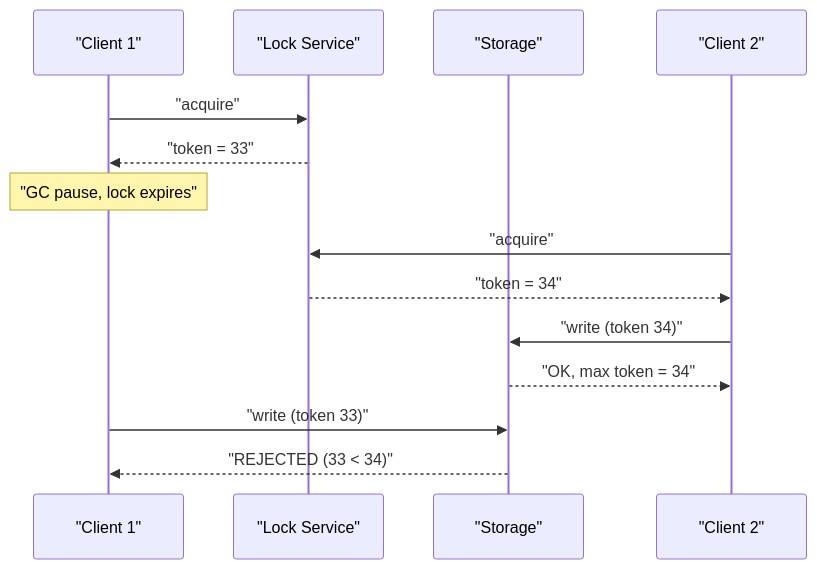
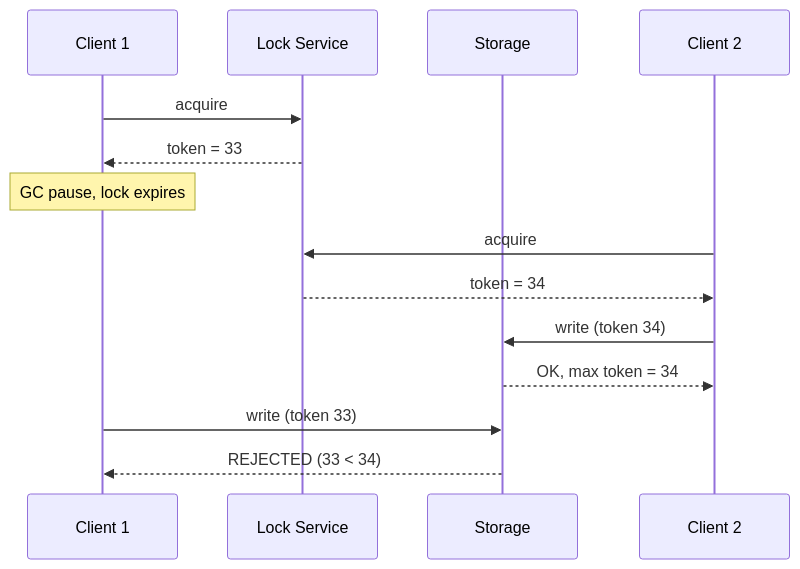
One commit to vabs/vabs.github.io changed the third of 3 diagrams in content/post/distributed-locking-redlock-pitfalls.md. Above: the diagram before and after it, drawn with Mermaid. The commit also changed other lines of this file and 87 other files, not shown here.

First line of the commit message:
Fix: Readable mermaid diagrams and fact-check blog posts

```diff
--- a/content/post/distributed-locking-redlock-pitfalls.md
+++ b/content/post/distributed-locking-redlock-pitfalls.md
@@ -149,16 +149,16 @@
 {{< mermaid >}}
 sequenceDiagram
-  participant C1 as "Client 1"
-  participant L as "Lock Service"
-  participant S as "Storage"
-  participant C2 as "Client 2"
-  C1->>L: "acquire"
-  L-->>C1: "token = 33"
-  Note over C1: "GC pause, lock expires"
-  C2->>L: "acquire"
-  L-->>C2: "token = 34"
-  C2->>S: "write (token 34)"
-  S-->>C2: "OK, max token = 34"
-  C1->>S: "write (token 33)"
-  S-->>C1: "REJECTED (33 < 34)"
+  participant C1 as Client 1
+  participant L as Lock Service
+  participant S as Storage
+  participant C2 as Client 2
+  C1->>L: acquire
+  L-->>C1: token = 33
+  Note over C1: GC pause, lock expires
+  C2->>L: acquire
+  L-->>C2: token = 34
+  C2->>S: write (token 34)
+  S-->>C2: OK, max token = 34
+  C1->>S: write (token 33)
+  S-->>C1: REJECTED (33 < 34)
 {{< /mermaid >}}
```
